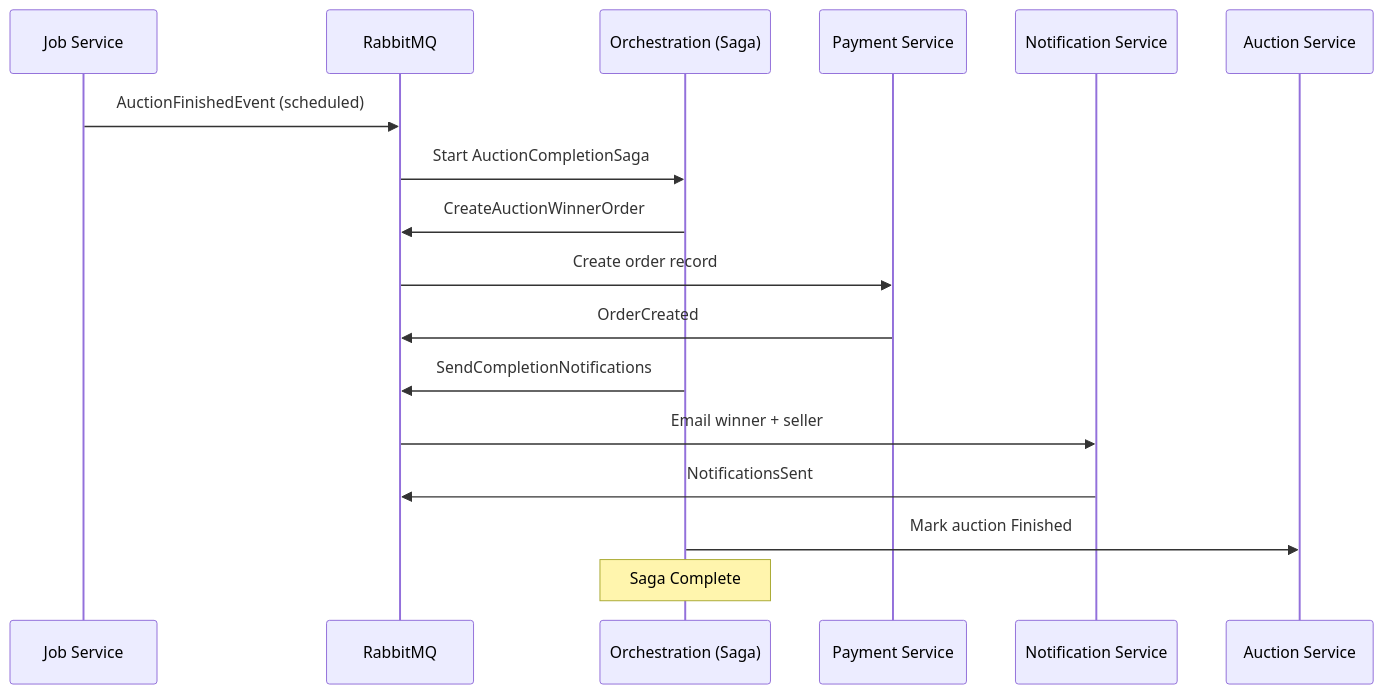
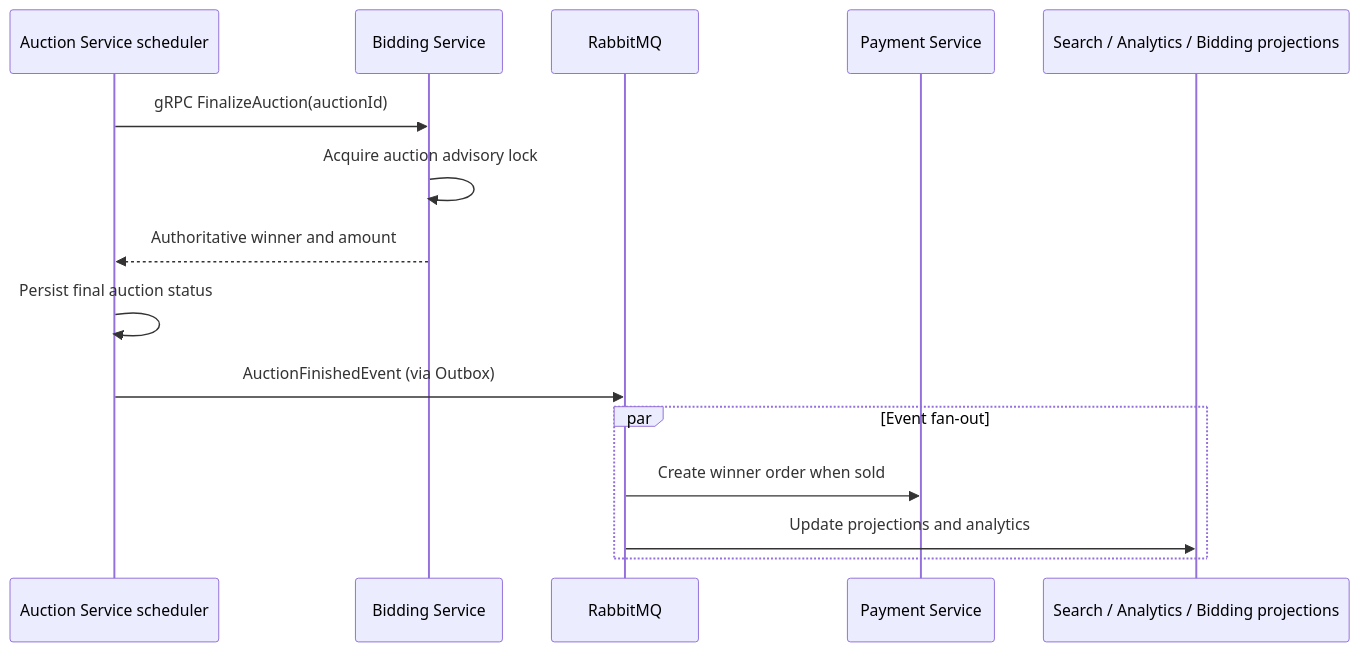
Before and after one commit to blanho/auction-platform-microservices: the fourth of 8 diagrams in README.md, drawn with Mermaid. The commit also changed other lines of this file and 5 other files, not shown here.

````diff
--- a/README.md
+++ b/README.md
@@ -296,22 +288,18 @@
 ```mermaid
 sequenceDiagram
-    participant JOB as Job Service
+    participant AUC as Auction Service scheduler
+    participant BID as Bidding Service
     participant MQ as RabbitMQ
-    participant ORC as Orchestration (Saga)
     participant PAY as Payment Service
-    participant NOT as Notification Service
-    participant AUC as Auction Service
+    participant READ as Search / Analytics / Bidding projections
 
-    JOB->>MQ: AuctionFinishedEvent (scheduled)
-    MQ->>ORC: Start AuctionCompletionSaga
-    ORC->>MQ: CreateAuctionWinnerOrder
-    MQ->>PAY: Create order record
-    PAY->>MQ: OrderCreated
-
-    ORC->>MQ: SendCompletionNotifications
-    MQ->>NOT: Email winner + seller
-    NOT->>MQ: NotificationsSent
-
-    ORC->>AUC: Mark auction Finished
-    Note over ORC: Saga Complete
+    AUC->>BID: gRPC FinalizeAuction(auctionId)
+    BID->>BID: Acquire auction advisory lock
+    BID-->>AUC: Authoritative winner and amount
+    AUC->>AUC: Persist final auction status
+    AUC->>MQ: AuctionFinishedEvent (via Outbox)
+    par Event fan-out
+        MQ->>PAY: Create winner order when sold
+        MQ->>READ: Update projections and analytics
+    end
 ```
````
